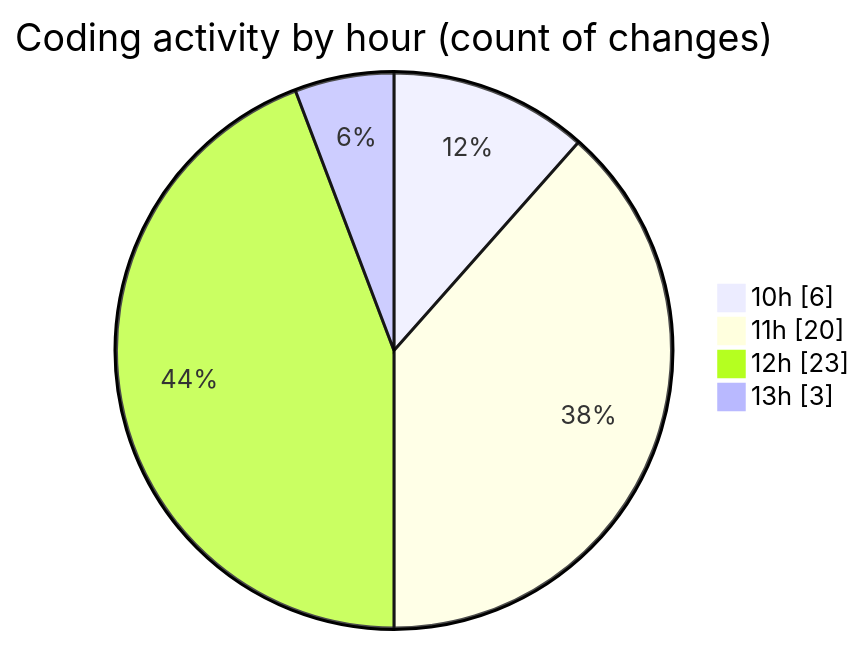
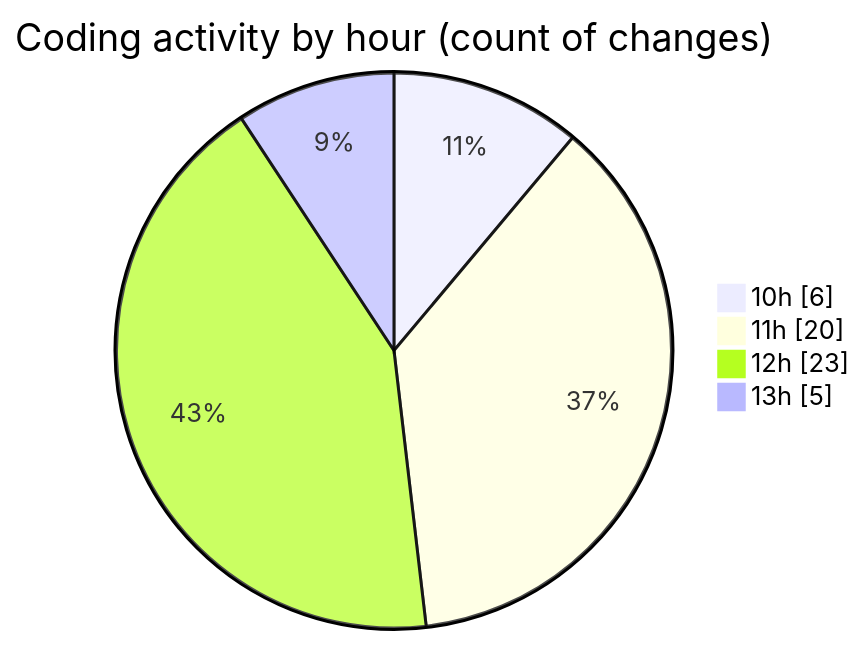
One commit to nxtqubesakshisongat/code-tracking changed the second of 2 diagrams in 2025-05-05/nxtqube_webapp/README.md. Above: the diagram before and after it, drawn with Mermaid. The commit also changed other lines of this file and 1 other file, not shown here.

````diff
--- a/2025-05-05/nxtqube_webapp/README.md
+++ b/2025-05-05/nxtqube_webapp/README.md
@@ -28,8 +28,8 @@
 ```mermaid
 pie showData
 title Coding activity by hour (count of changes)
 "10h" : 6
 "11h" : 20
 "12h" : 23
-"13h" : 3
+"13h" : 5
 ```
````
